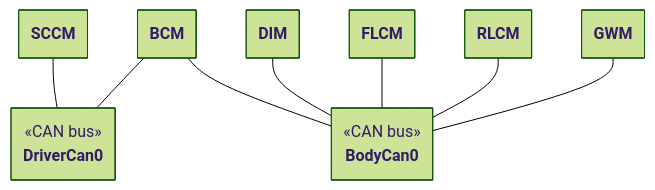
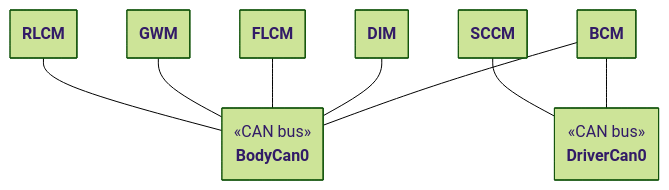
Before and after one commit to remotivelabs/remotivelabs-topology-examples: the second of 3 diagrams in getting_started/README.md, drawn with Mermaid (forest theme). The commit also changed other lines of this file and 215 other files, not shown here.

````diff
--- a/getting_started/README.md
+++ b/getting_started/README.md
@@ -78,39 +78,42 @@
 ```mermaid
 ---
 config:
   class:
     hideEmptyMembersBox: true
 ---
     classDiagram
 
+    class BCM {
+    }
+
+    class DIM {
+    }
+
+    class FLCM {
+    }
+
+    class GWM {
+    }
+
+    class RLCM {
+    }
+
     class SCCM {
     }
 
-    class BCM {
+    class BodyCan0 {
+        <<CAN bus>>
     }
 
     class DriverCan0 {
         <<CAN bus>>
     }
 
-    class DIM {
-    }
-    class FLCM {
-    }
-    class RLCM {
-    }
-    class GWM {
-    }
-
-    class BodyCan0 {
-        <<CAN bus>>
-    }
-
-    SCCM -- DriverCan0
+    BCM -- BodyCan0
     BCM -- DriverCan0
-    BCM -- BodyCan0
     DIM -- BodyCan0
     FLCM -- BodyCan0
+    GWM -- BodyCan0
     RLCM -- BodyCan0
-    GWM -- BodyCan0
+    SCCM -- DriverCan0
 ```
````
